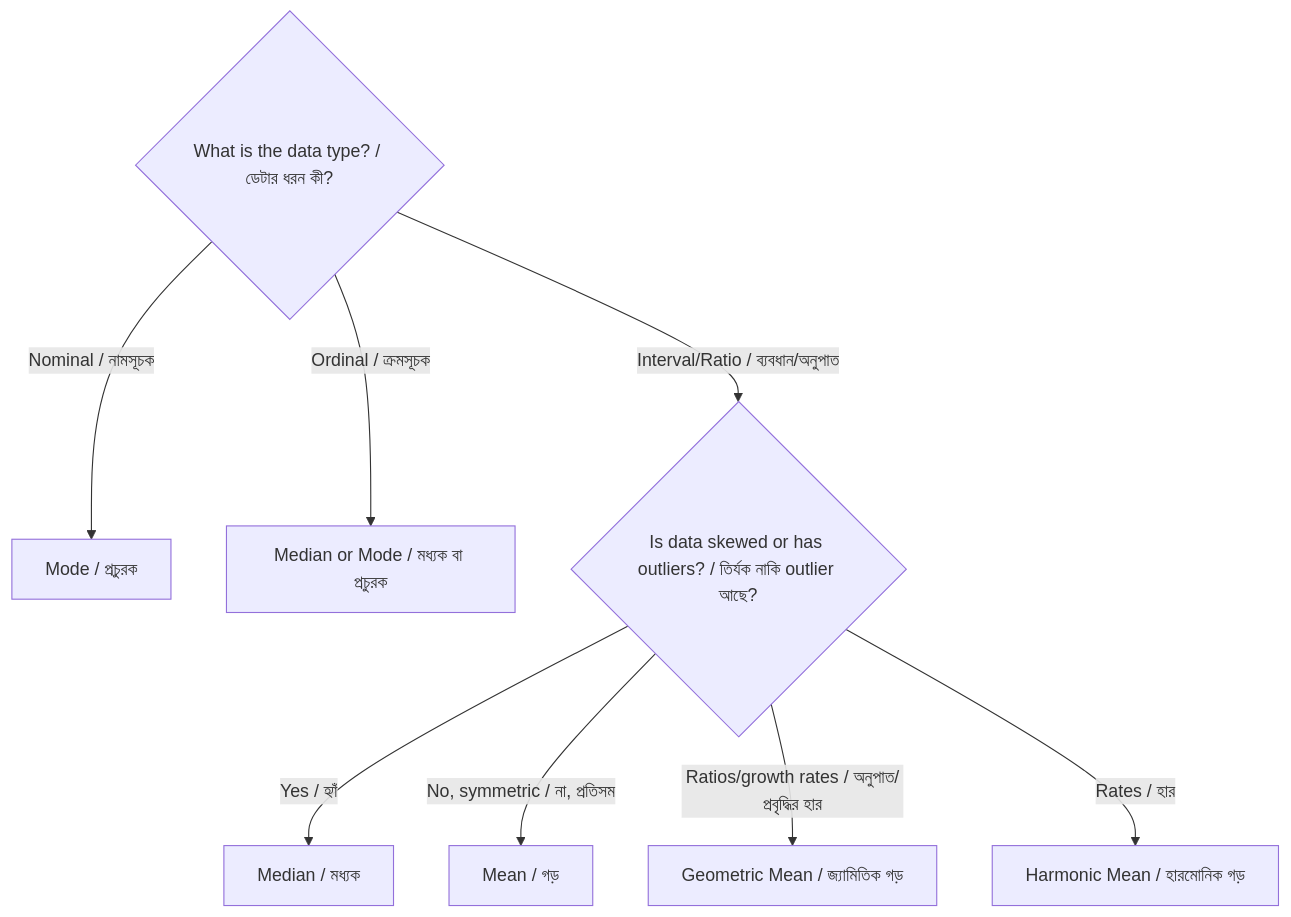
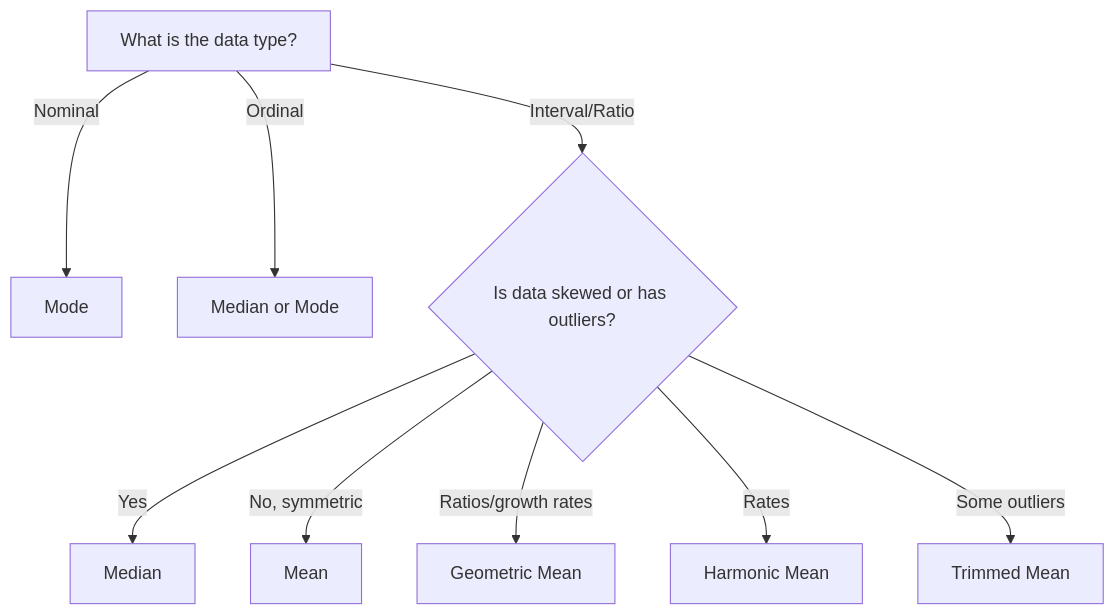
The fifth of 6 diagrams in 02-central-tendency.md (muhammadsalek/statistics-for-scientists), drawn with Mermaid before and after one commit. The commit also changed other lines of this file, not shown here.

````diff
--- a/02-central-tendency.md
+++ b/02-central-tendency.md
@@ -162,10 +661,11 @@
 ```mermaid
 flowchart TD
-    A{What is the data type? / ডেটার ধরন কী?} -->|Nominal / নামসূচক| B[Mode / প্রচুরক]
-    A -->|Ordinal / ক্রমসূচক| C[Median or Mode / মধ্যক বা প্রচুরক]
-    A -->|Interval/Ratio / ব্যবধান/অনুপাত| D{Is data skewed or has outliers? / তির্যক নাকি outlier আছে?}
-    D -->|Yes / হ্যাঁ| E[Median / মধ্যক]
-    D -->|No, symmetric / না, প্রতিসম| F[Mean / গড়]
-    D -->|Ratios/growth rates / অনুপাত/প্রবৃদ্ধির হার| G[Geometric Mean / জ্যামিতিক গড়]
-    D -->|Rates / হার| H[Harmonic Mean / হারমোনিক গড়]
+    A[What is the data type?] -->|Nominal| B[Mode]
+    A -->|Ordinal| C[Median or Mode]
+    A -->|Interval/Ratio| D{Is data skewed or has outliers?}
+    D -->|Yes| E[Median]
+    D -->|No, symmetric| F[Mean]
+    D -->|Ratios/growth rates| G[Geometric Mean]
+    D -->|Rates| H[Harmonic Mean]
+    D -->|Some outliers| I[Trimmed Mean]
 ```
````
